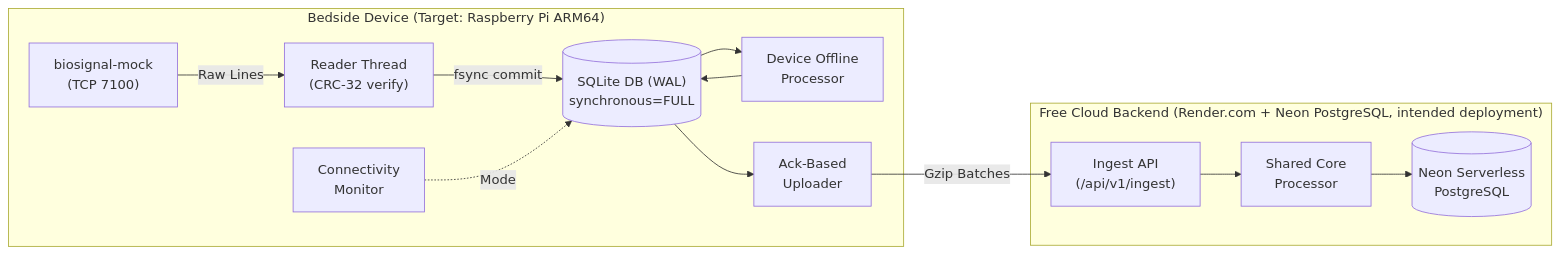
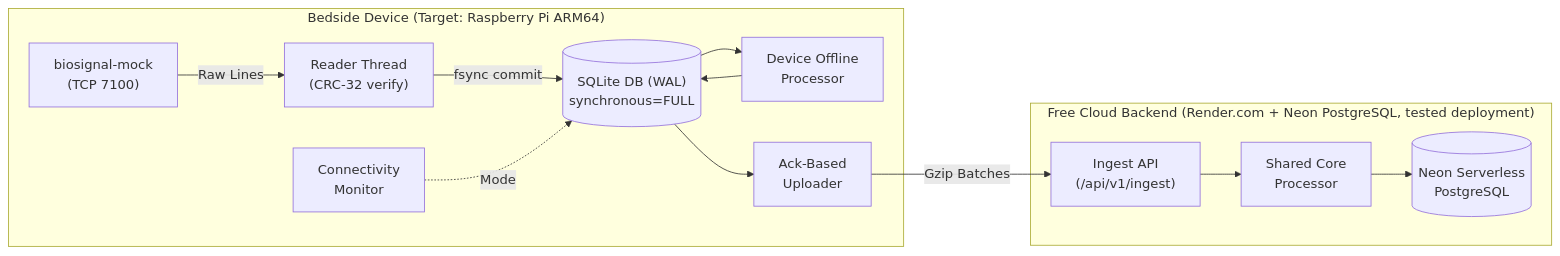
One commit to MukulVerma14/MayaCardio changed the diagram in README.md. Above: the diagram before and after it, drawn with Mermaid. The commit also changed other lines of this file and 8 other files, not shown here.

````diff
--- a/README.md
+++ b/README.md
@@ -31,17 +30,17 @@
 ```mermaid
 flowchart LR
     subgraph Device ["Bedside Device (Target: Raspberry Pi ARM64)"]
         Mock["biosignal-mock\n(TCP 7100)"] -->|Raw Lines| Reader["Reader Thread\n(CRC-32 verify)"]
         Reader -->|fsync commit| DB[("SQLite DB (WAL)\nsynchronous=FULL")]
         DB --> OfflineProc["Device Offline\nProcessor"]
         OfflineProc --> DB
         DB --> Uploader["Ack-Based\nUploader"]
         ConnMon["Connectivity\nMonitor"] -.->|Mode| DB
     end
     
-    subgraph Cloud ["Free Cloud Backend (Render.com + Neon PostgreSQL, intended deployment)"]
+    subgraph Cloud ["Free Cloud Backend (Render.com + Neon PostgreSQL, tested deployment)"]
         Uploader -->|Gzip Batches| CloudAPI["Ingest API\n(/api/v1/ingest)"]
         CloudAPI --> SharedCore["Shared Core\nProcessor"]
         SharedCore --> CloudDB[("Neon Serverless\nPostgreSQL")]
     end
 ```
````
